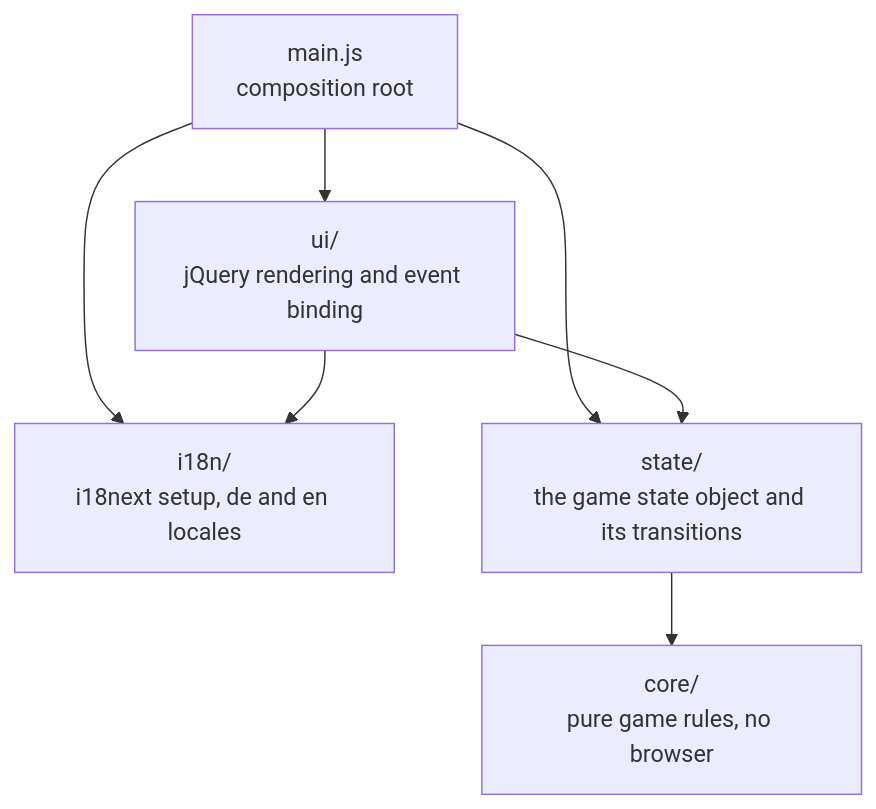
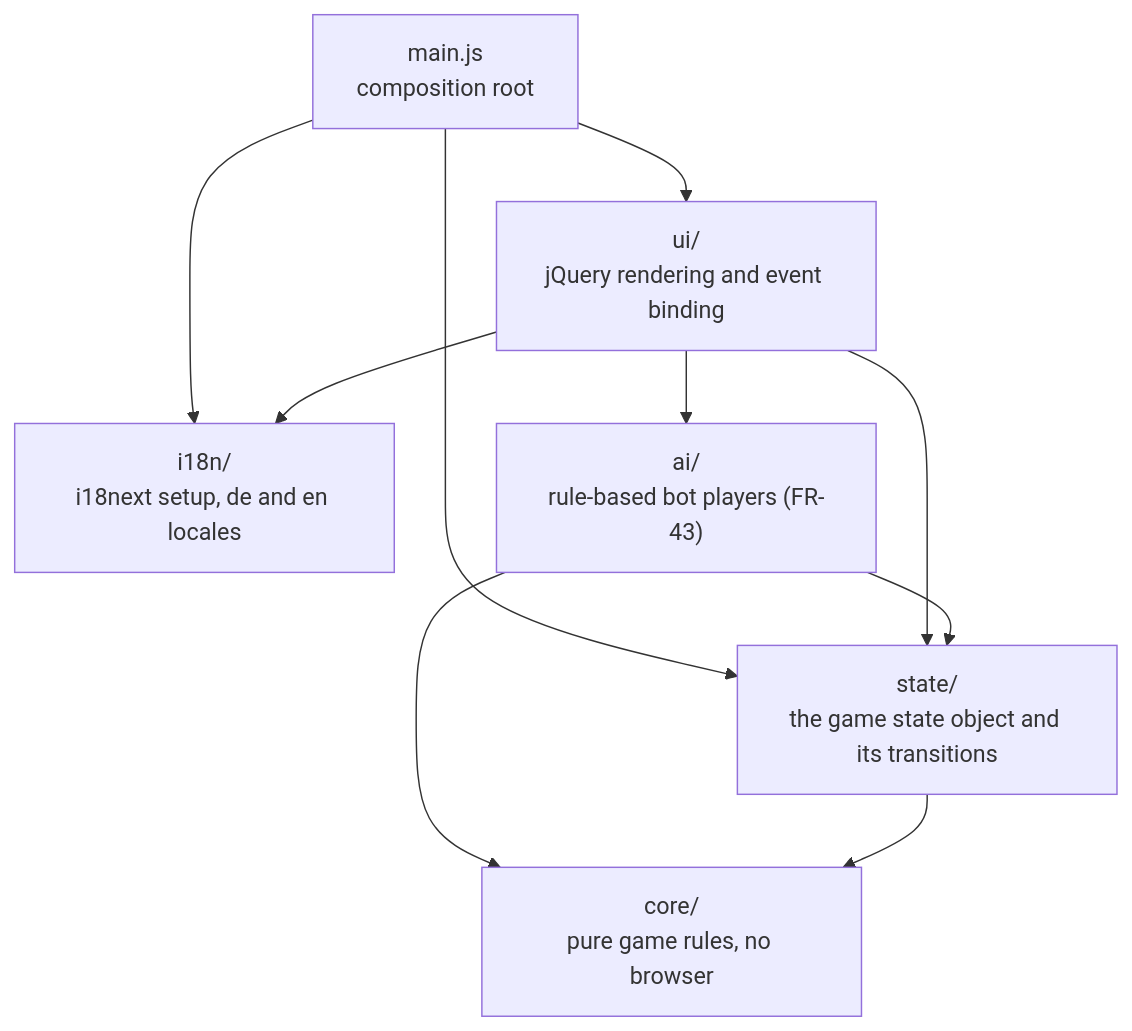
One commit to BenedictGlatz/ludo-advanced changed the first of 2 diagrams in 00-Meta/Project-Management/System-Architecture.md. Above: the diagram before and after it, drawn with Mermaid. The commit also changed other lines of this file and 9 other files, not shown here.

First line of the commit message:
docs(requirements): make FR-43 a local rule-based bot at S, lower FR-01 to one human, and brief Design

````diff
--- a/00-Meta/Project-Management/System-Architecture.md
+++ b/00-Meta/Project-Management/System-Architecture.md
@@ -22,15 +22,19 @@
 ```mermaid
 graph TD
     main["main.js<br/>composition root"]
     ui["ui/<br/>jQuery rendering and event binding"]
     i18n["i18n/<br/>i18next setup, de and en locales"]
     state["state/<br/>the game state object and its transitions"]
+    ai["ai/<br/>rule-based bot players (FR-43)"]
     core["core/<br/>pure game rules, no browser"]
 
     main --> ui
     main --> state
     main --> i18n
     ui --> state
     ui --> i18n
+    ui --> ai
+    ai --> state
+    ai --> core
     state --> core
 ```
````
